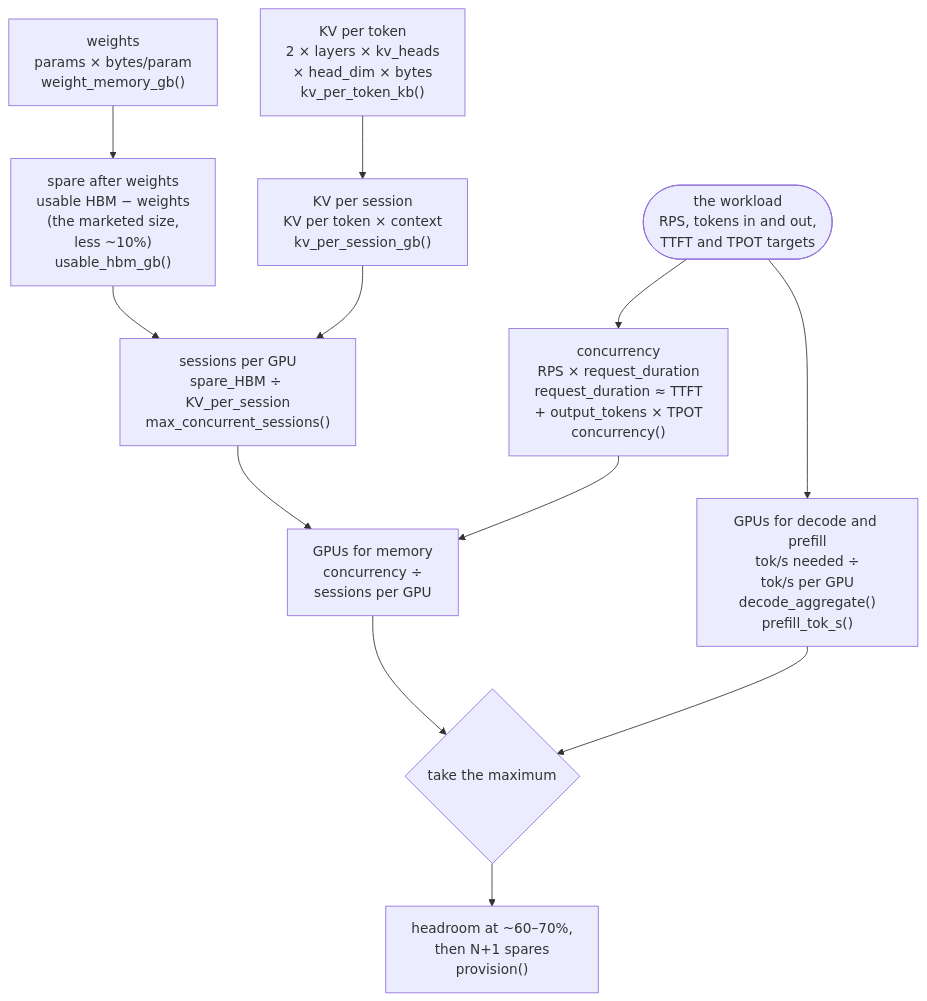
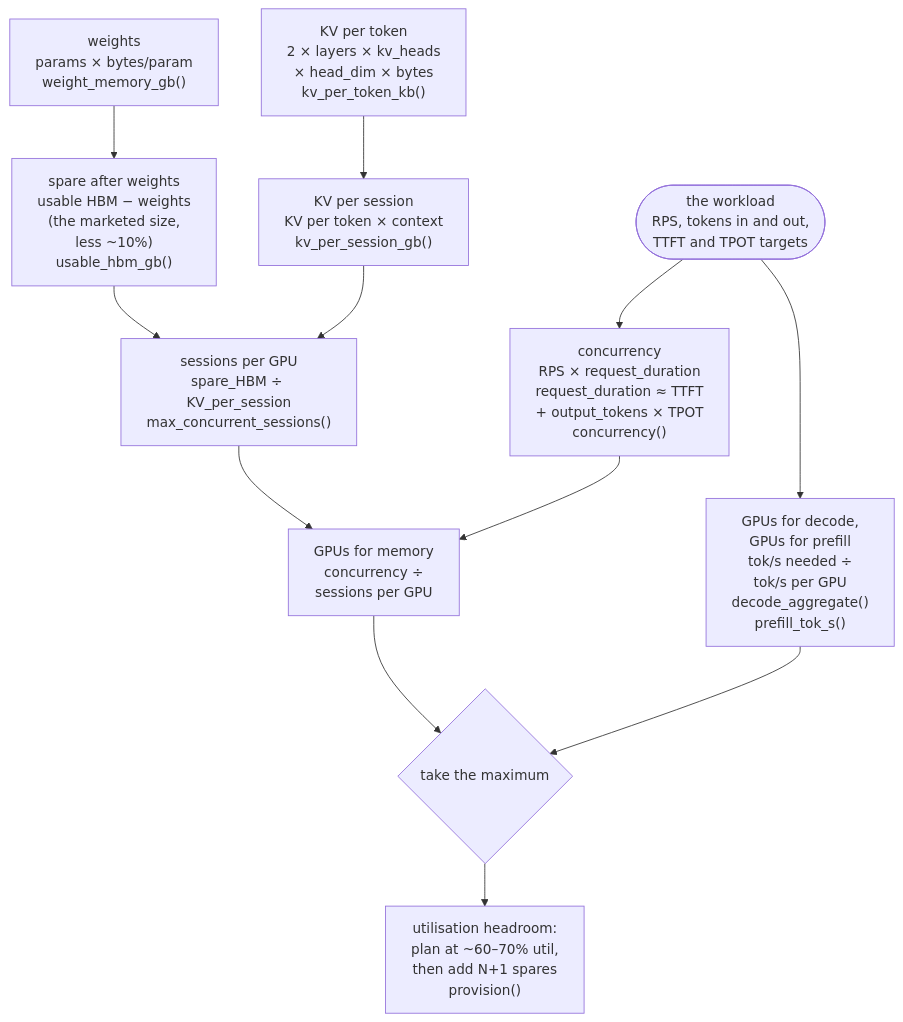
One commit to aniryou/full-stack-agentic-engineer changed the diagram in 00-foundations/gpu-capacity-planning/PRIMER.md. Above: the diagram before and after it, drawn with Mermaid. The commit also changed other lines of this file and 39 other files, not shown here.

````diff
--- a/00-foundations/gpu-capacity-planning/PRIMER.md
+++ b/00-foundations/gpu-capacity-planning/PRIMER.md
@@ -112,25 +112,25 @@
 ```mermaid
 flowchart TB
   P["weights<br/>params × bytes/param<br/>weight_memory_gb()"]
   K["KV per token<br/>2 × layers × kv_heads<br/>× head_dim × bytes<br/>kv_per_token_kb()"]
   W(["the workload<br/>RPS, tokens in and out,<br/>TTFT and TPOT targets"])
   S["spare after weights<br/>usable HBM − weights<br/>(the marketed size,<br/>less ~10%)<br/>usable_hbm_gb()"]
   C["KV per session<br/>KV per token × context<br/>kv_per_session_gb()"]
   L["concurrency<br/>RPS × request_duration<br/>request_duration ≈ TTFT<br/>+ output_tokens × TPOT<br/>concurrency()"]
   N["sessions per GPU<br/>spare_HBM ÷ KV_per_session<br/>max_concurrent_sessions()"]
-  T["GPUs for decode and prefill<br/>tok/s needed ÷<br/>tok/s per GPU<br/>decode_aggregate()<br/>prefill_tok_s()"]
+  T["GPUs for decode,<br/>GPUs for prefill<br/>tok/s needed ÷<br/>tok/s per GPU<br/>decode_aggregate()<br/>prefill_tok_s()"]
   M["GPUs for memory<br/>concurrency ÷<br/>sessions per GPU"]
   X{"take the maximum"}
-  R["headroom at ~60–70%,<br/>then N+1 spares<br/>provision()"]
+  R["utilisation headroom:<br/>plan at ~60–70% util,<br/>then add N+1 spares<br/>provision()"]
   P --> S
   K --> C
   S --> N
   C --> N
   W --> L
   W --> T
   N --> M
   L --> M
   M --> X
   T --> X
   X --> R
 ```
````
